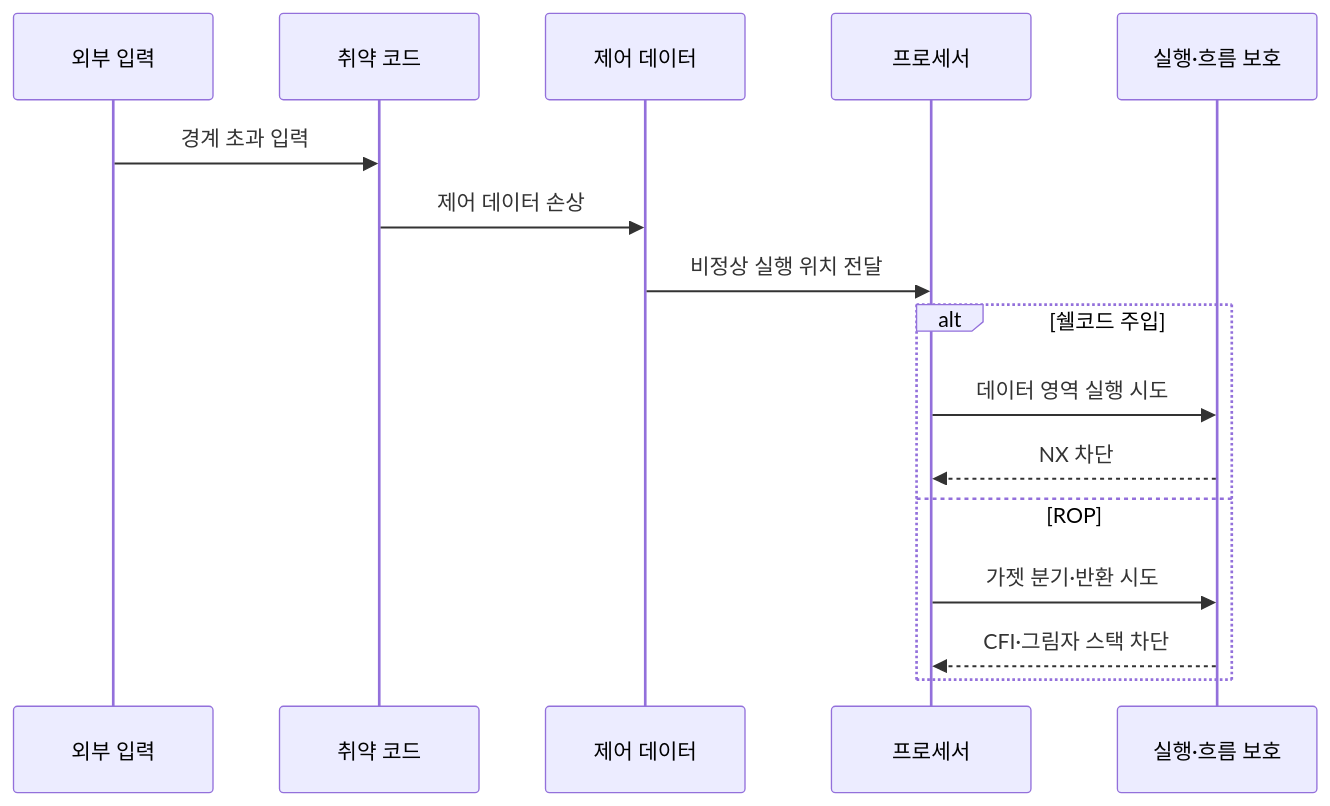
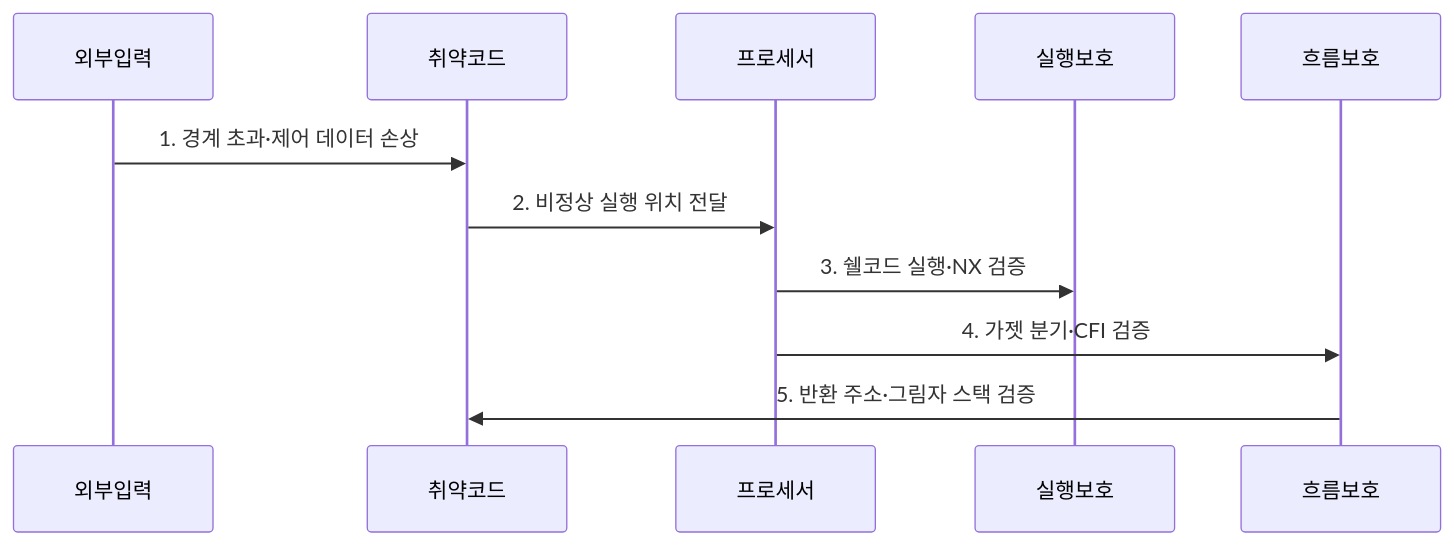
Before and after one commit to agnusdei1207/knowledge-base: the second of 2 diagrams in src/content/docs/notes/05-security/050_shellcode_rop.md, drawn with Mermaid. The commit also changed other lines of this file and 11 other files, not shown here.

````diff
--- a/src/content/docs/notes/05-security/050_shellcode_rop.md
+++ b/src/content/docs/notes/05-security/050_shellcode_rop.md
@@ -92,18 +84,13 @@
 ```mermaid
 sequenceDiagram
-    participant I as 외부 입력
-    participant V as 취약 코드
-    participant C as 제어 데이터
-    participant P as 프로세서
-    participant M as 실행·흐름 보호
-    I->>V: 경계 초과 입력
-    V->>C: 제어 데이터 손상
-    C->>P: 비정상 실행 위치 전달
-    alt 쉘코드 주입
-        P->>M: 데이터 영역 실행 시도
-        M-->>P: NX 차단
-    else ROP
-        P->>M: 가젯 분기·반환 시도
-        M-->>P: CFI·그림자 스택 차단
-    end
+    participant 외부입력
+    participant 취약코드
+    participant 프로세서
+    participant 실행보호
+    participant 흐름보호
+    외부입력->>취약코드: 1. 경계 초과·제어 데이터 손상
+    취약코드->>프로세서: 2. 비정상 실행 위치 전달
+    프로세서->>실행보호: 3. 쉘코드 실행·NX 검증
+    프로세서->>흐름보호: 4. 가젯 분기·CFI 검증
+    흐름보호->>취약코드: 5. 반환 주소·그림자 스택 검증
 ```
````
